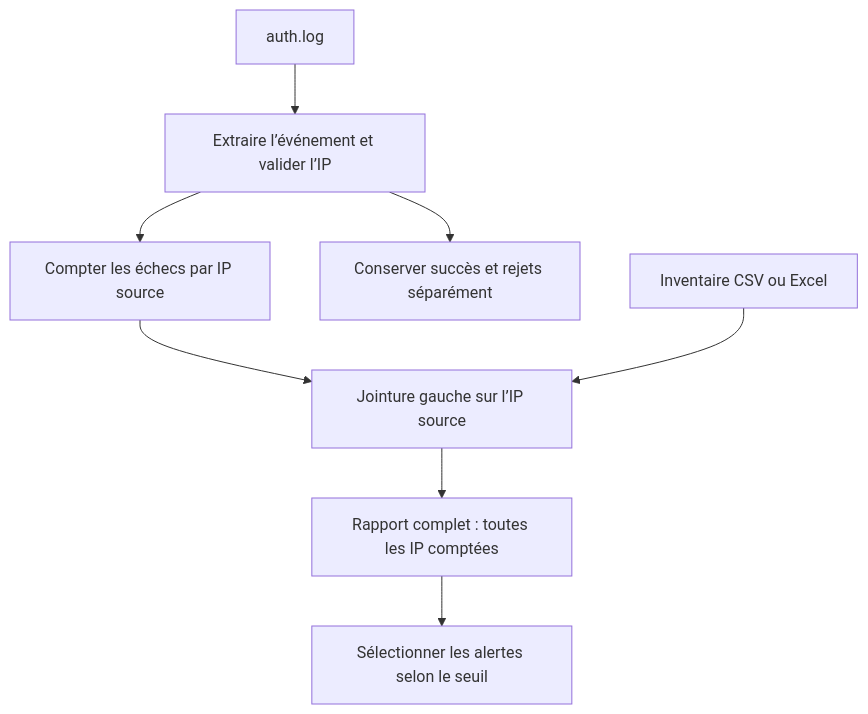
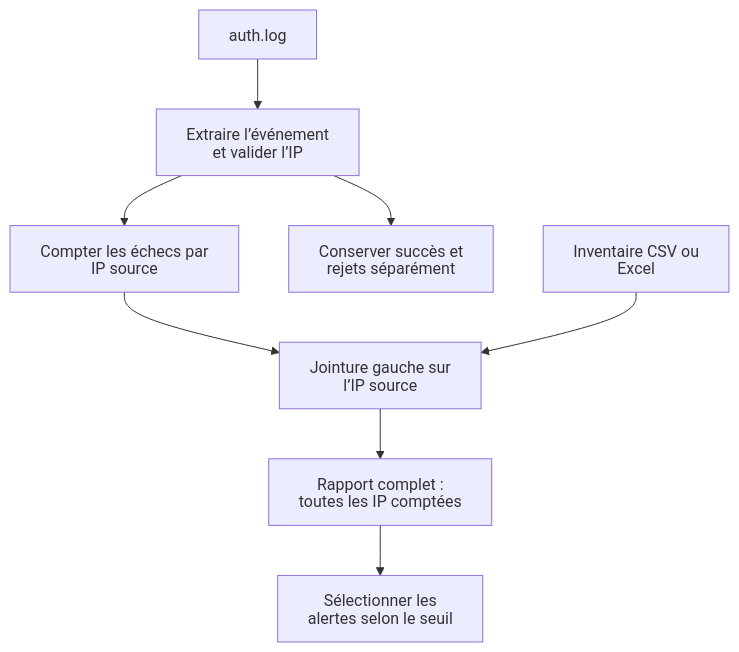
The first of 2 diagrams in ateliers/04/README.md (lapeyrade/formation-python), drawn with Mermaid before and after one commit. The commit also changed other lines of this file and 17 other files, not shown here.

````diff
--- a/ateliers/04/README.md
+++ b/ateliers/04/README.md
@@ -14,12 +16,13 @@
 ```mermaid
+%%{init: {"htmlLabels": false, "flowchart": {"htmlLabels": false}}}%%
 flowchart TD
   accTitle: Du journal SSH au rapport et aux alertes
   accDescr: Le motif extrait un événement SSH et son IP source est validée. Les rejets et les succès restent distincts du compteur d’échecs. Une jointure gauche avec l’inventaire enrichit le rapport complet, puis un seuil sélectionne les alertes.
-  L["auth.log"] --> P["Extraire l’événement et valider l’IP"]
-  P --> C["Compter les échecs par IP source"]
-  P --> R["Conserver succès et rejets séparément"]
-  C --> J["Jointure gauche sur l’IP source"]
-  I["Inventaire CSV ou Excel"] --> J
-  J --> T["Rapport complet : toutes les IP comptées"]
-  T --> A["Sélectionner les alertes selon le seuil"]
+  L["auth.log"] --> P["Extraire l’événement<br/>et valider l’IP"]
+  P --> C["Compter les échecs par<br/>IP source"]
+  P --> R["Conserver succès et<br/>rejets séparément"]
+  C --> J["Jointure gauche sur<br/>l’IP source"]
+  I["Inventaire CSV ou<br/>Excel"] --> J
+  J --> T["Rapport complet :<br/>toutes les IP comptées"]
+  T --> A["Sélectionner les<br/>alertes selon le seuil"]
 ```
````
